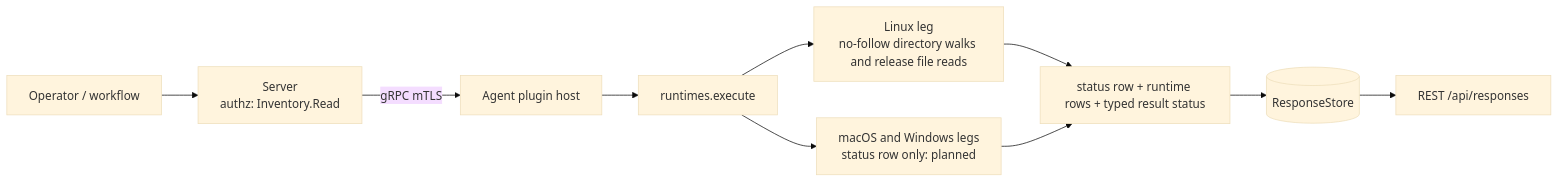
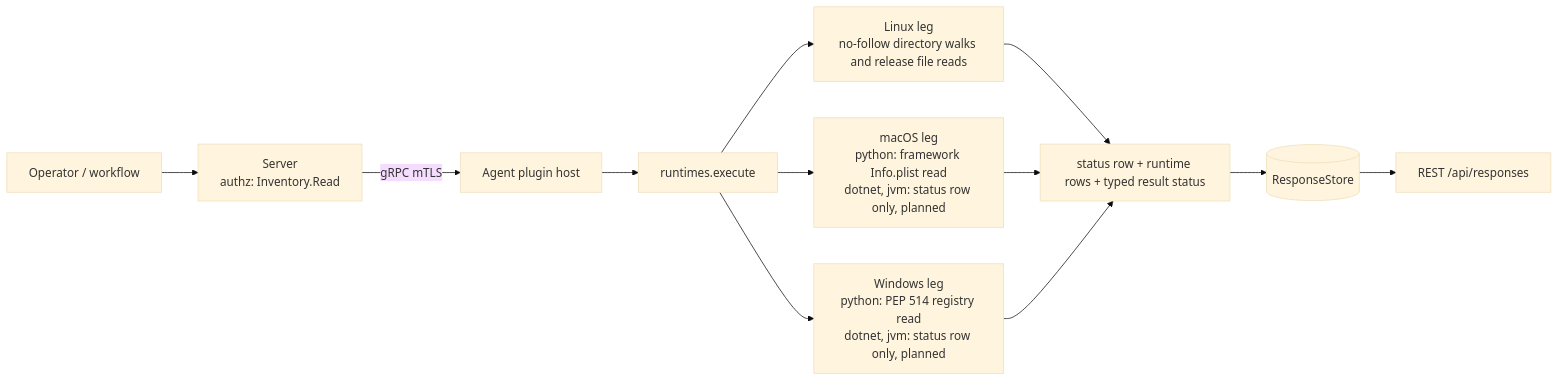
One commit to DevNullLtd/Yuzu changed the first of 3 diagrams in agents/plugins/runtimes/README.md. Above: the diagram before and after it, drawn with Mermaid (base theme). The commit also changed other lines of this file and 36 other files, not shown here.

Commit message:
Add runtimes.python on Windows, macOS and Linux and move runtimes onto the shared status-row formatter

````diff
--- a/agents/plugins/runtimes/README.md
+++ b/agents/plugins/runtimes/README.md
@@ -19,8 +19,9 @@
 ```mermaid
 flowchart LR
   OP[Operator / workflow] --> SRV[Server<br/>authz: Inventory.Read]
   SRV -- gRPC mTLS --> HOST[Agent plugin host] --> EX[runtimes.execute]
   EX --> LIN[Linux leg<br/>no-follow directory walks and release file reads]
-  EX --> PLN["macOS and Windows legs<br/>status row only: planned"]
-  LIN & PLN --> ROWS[status row + runtime rows + typed result status] --> RS[(ResponseStore)] --> API[REST /api/responses]
+  EX --> MAC["macOS leg<br/>python: framework Info.plist read<br/>dotnet, jvm: status row only, planned"]
+  EX --> WIN["Windows leg<br/>python: PEP 514 registry read<br/>dotnet, jvm: status row only, planned"]
+  LIN & MAC & WIN --> ROWS[status row + runtime rows + typed result status] --> RS[(ResponseStore)] --> API[REST /api/responses]
 ```
````
